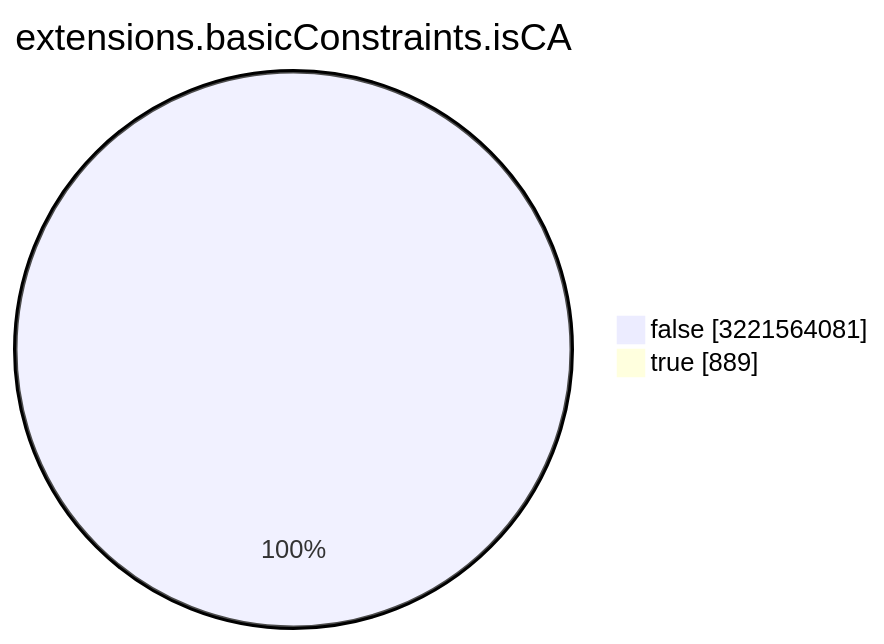
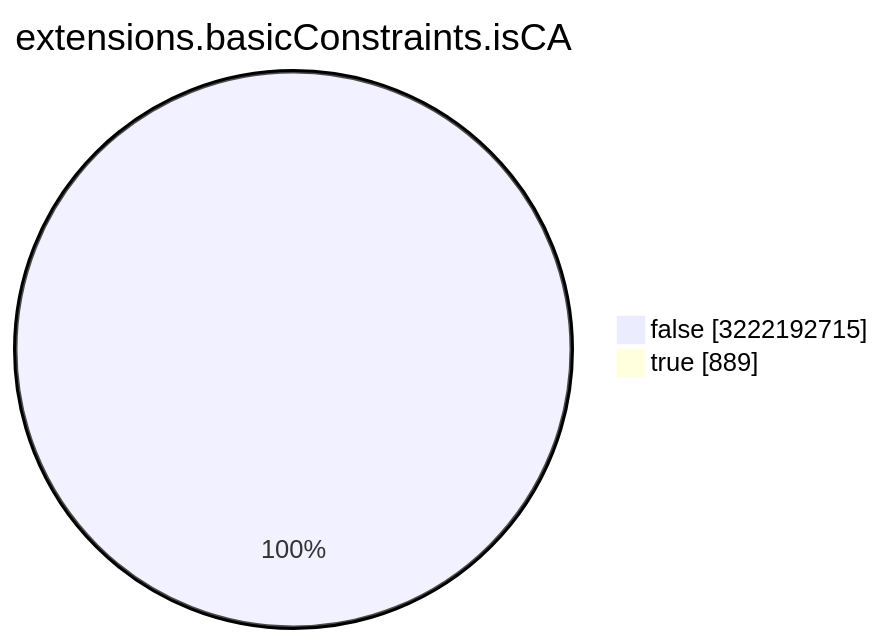
One commit to christiankrug/ctmonitor_visualization changed the seventh of 15 diagrams in TOTAL/README.md. Above: the diagram before and after it, drawn with Mermaid. The commit also changed other lines of this file, not shown here.

````diff
--- a/TOTAL/README.md
+++ b/TOTAL/README.md
@@ -3088,6 +3088,6 @@
 ```mermaid
 pie showData
 title extensions.basicConstraints.isCA
-"false" :3221564081
+"false" :3222192715
 "true" :889
 ```
````
